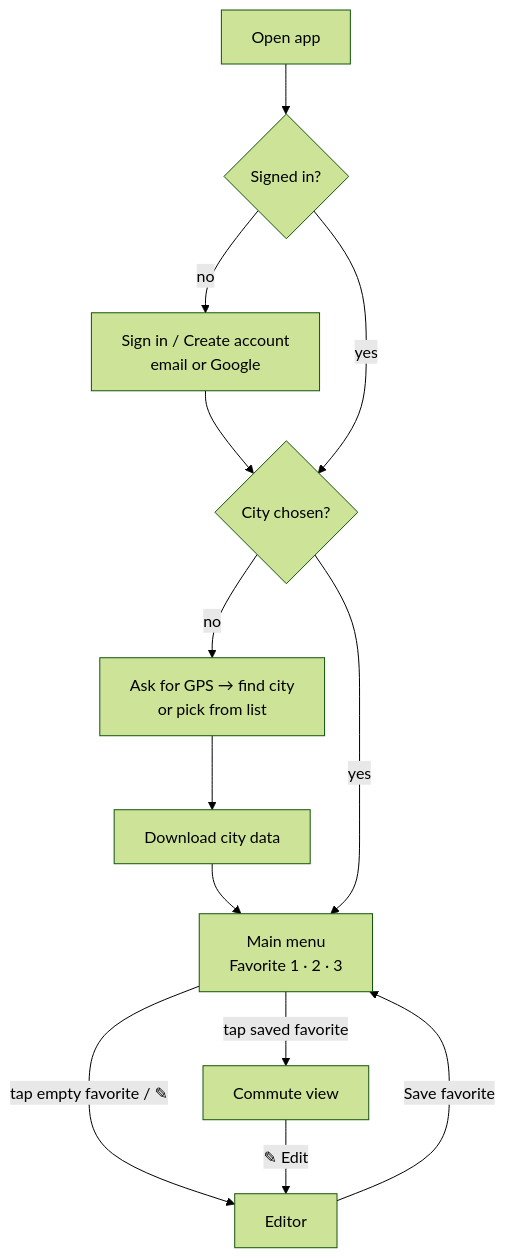
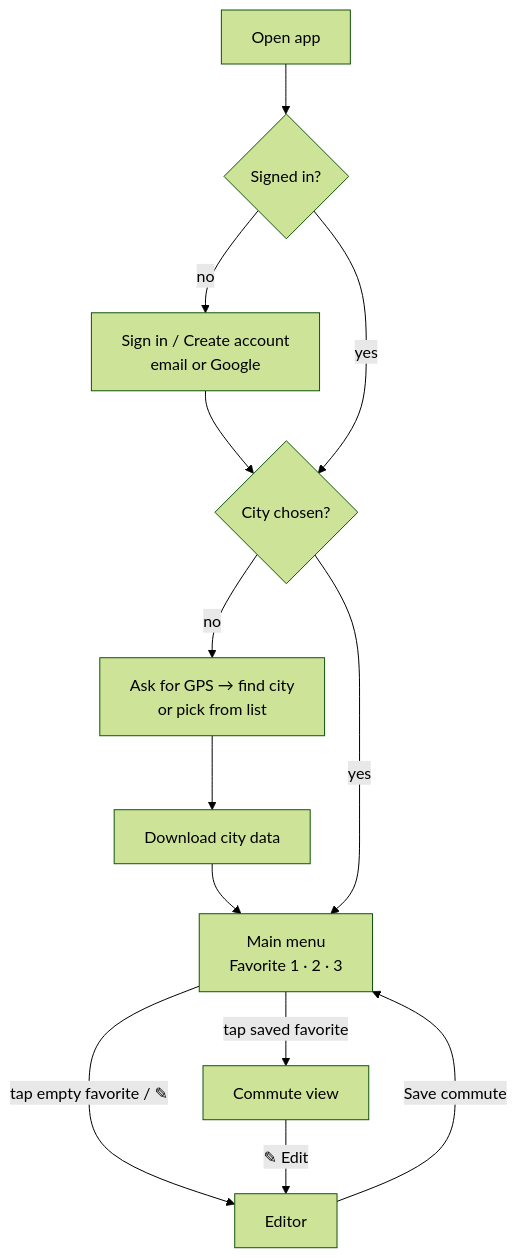
The first of 2 diagrams in docs/user-flows.md (eilonlevin3/Knight-Bus), drawn with Mermaid (forest theme) before and after one commit. The commit also changed other lines of this file and 24 other files, not shown here.

````diff
--- a/docs/user-flows.md
+++ b/docs/user-flows.md
@@ -5,15 +5,15 @@
 ```mermaid
 flowchart TD
   A[Open app] --> B{Signed in?}
   B -- no --> L[Sign in / Create account<br/>email or Google]
   L --> C
   B -- yes --> C{City chosen?}
   C -- no --> G[Ask for GPS → find city<br/>or pick from list]
   G --> D[Download city data]
   D --> M
   C -- yes --> M[Main menu<br/>Favorite 1 · 2 · 3]
   M -- tap empty favorite / ✎ --> E[Editor]
   M -- tap saved favorite --> V[Commute view]
   V -- ✎ Edit --> E
-  E -- Save favorite --> M
+  E -- Save commute --> M
 ```
````
